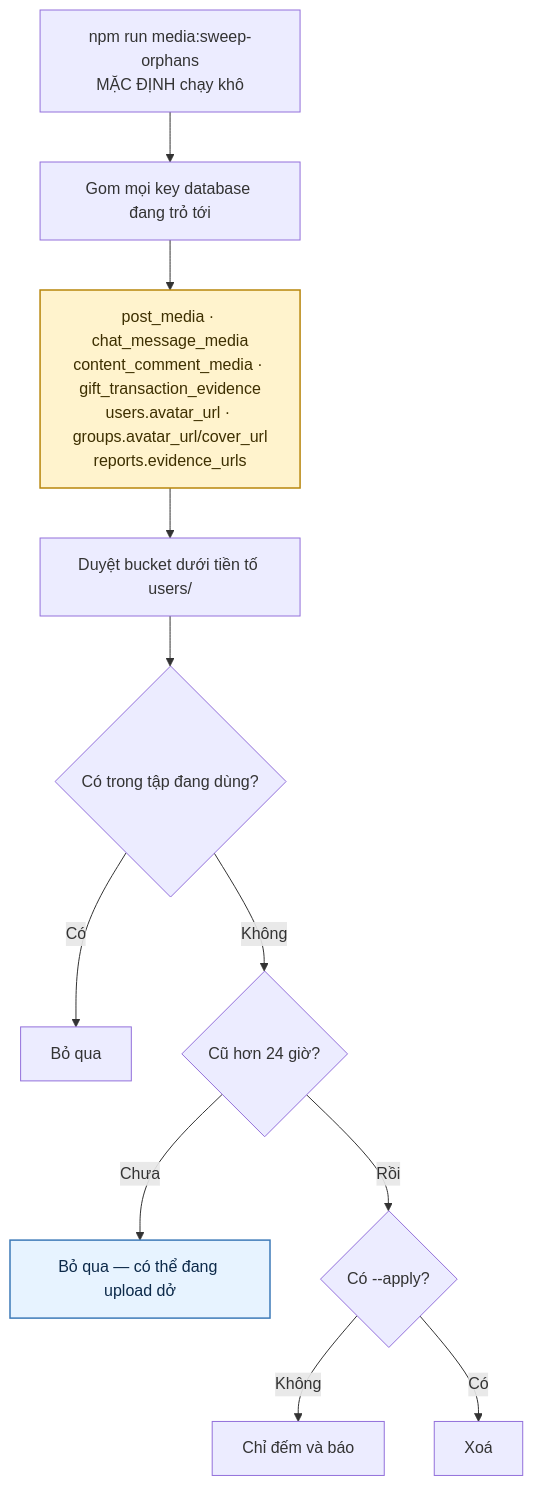
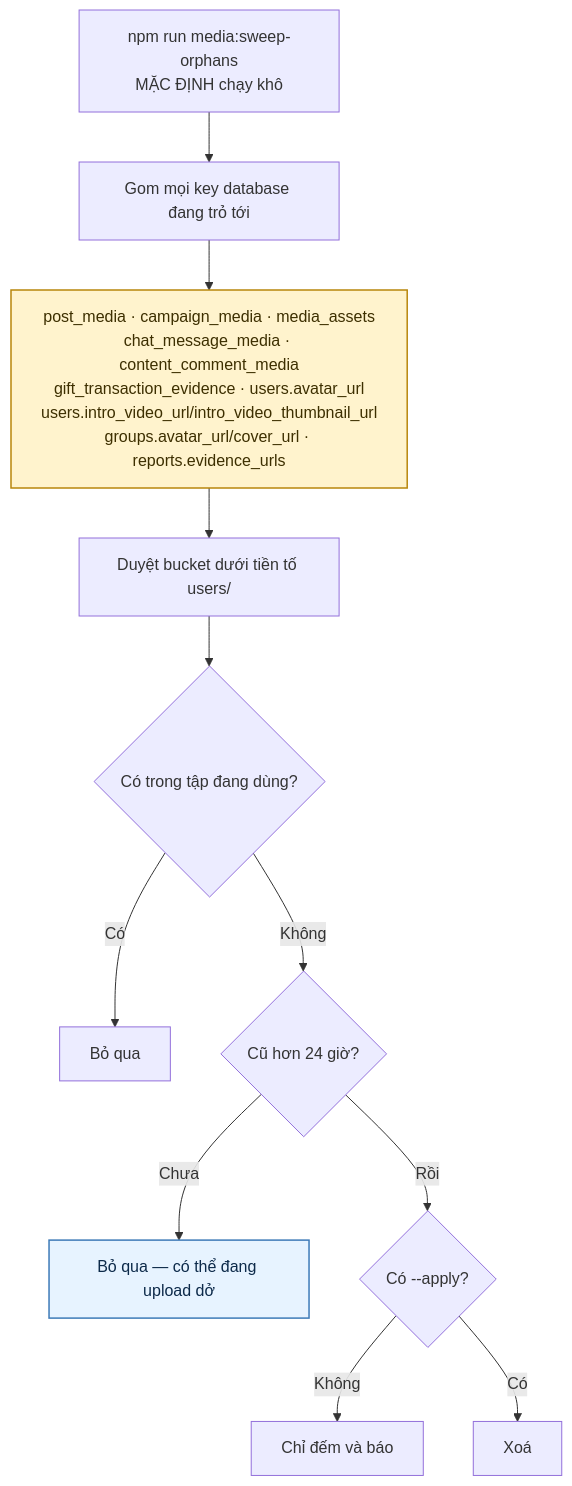
The fifth of 5 diagrams in docs/diagram/03-media.md (fdshn/trueheart), drawn with Mermaid before and after one commit. The commit also changed other lines of this file and 49 other files, not shown here.

````diff
--- a/docs/diagram/03-media.md
+++ b/docs/diagram/03-media.md
@@ -122,16 +130,16 @@
 ```mermaid
 flowchart TD
     A["npm run media:sweep-orphans<br/>MẶC ĐỊNH chạy khô"] --> B[Gom mọi key database đang trỏ tới]
-    B --> B1["post_media · chat_message_media<br/>content_comment_media · gift_transaction_evidence<br/>users.avatar_url · groups.avatar_url/cover_url<br/>reports.evidence_urls"]
+    B --> B1["post_media · campaign_media · media_assets<br/>chat_message_media · content_comment_media<br/>gift_transaction_evidence · users.avatar_url<br/>users.intro_video_url/intro_video_thumbnail_url<br/>groups.avatar_url/cover_url · reports.evidence_urls"]
     B1 --> C[Duyệt bucket dưới tiền tố users/]
     C --> D{Có trong tập đang dùng?}
     D -->|Có| E[Bỏ qua]
     D -->|Không| F{Cũ hơn 24 giờ?}
     F -->|Chưa| G["Bỏ qua — có thể đang upload dở"]
     F -->|Rồi| H{Có --apply?}
     H -->|Không| I[Chỉ đếm và báo]
     H -->|Có| J[Xoá]
 
     style B1 fill:#fff3cd,stroke:#b8860b,stroke-width:1.5px,color:#3d2f00
     style G fill:#e7f3ff,stroke:#3d7ab8,stroke-width:1.5px,color:#0d2a4a
 ```
````
